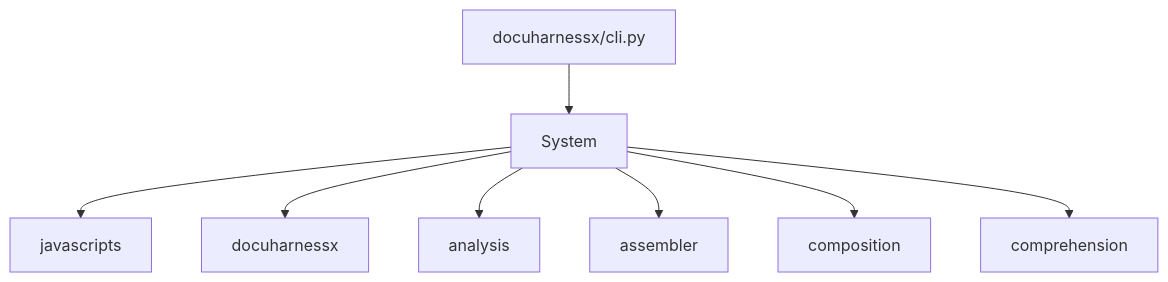
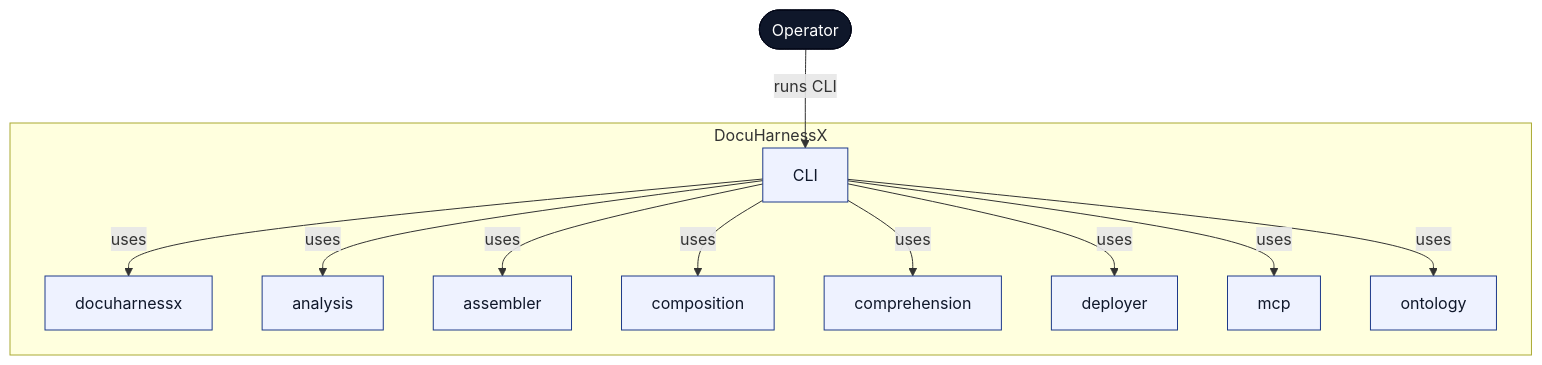
The second of 6 diagrams in docs/component-docuharnessx-3986831c.md (norandom/DocuHarnessX), drawn with Mermaid before and after one commit. The commit also changed other lines of this file and 16 other files, not shown here.

First line of the commit message:
feat(comprehension-visuals): enterprise C4-style architecture diagrams

````diff
--- a/docs/component-docuharnessx-3986831c.md
+++ b/docs/component-docuharnessx-3986831c.md
@@ -25,18 +57,31 @@
 ```mermaid
 flowchart TB
-  system["System"]
-  e0["docuharnessx/cli.py"]
-  e0 --> system
-  c0["javascripts"]
-  system --> c0
-  c1["docuharnessx"]
-  system --> c1
-  c2["analysis"]
-  system --> c2
-  c3["assembler"]
-  system --> c3
-  c4["composition"]
-  system --> c4
-  c5["comprehension"]
-  system --> c5
+  subgraph sys["DocuHarnessX"]
+    cli["CLI"]
+    c0["docuharnessx"]
+    c1["analysis"]
+    c2["assembler"]
+    c3["composition"]
+    c4["comprehension"]
+    c5["deployer"]
+    c6["mcp"]
+    c7["ontology"]
+  end
+  actor(["Operator"])
+  actor -->|"runs CLI"| cli
+  class actor actor
+  cli -->|uses| c0
+  cli -->|uses| c1
+  cli -->|uses| c2
+  cli -->|uses| c3
+  cli -->|uses| c4
+  cli -->|uses| c5
+  cli -->|uses| c6
+  cli -->|uses| c7
+  class cli,c0,c1,c2,c3,c4,c5,c6,c7 container
+  classDef actor fill:#0F172A,stroke:#020617,color:#FFFFFF
+  classDef system fill:#1E3A8A,stroke:#1E3A8A,color:#FFFFFF
+  classDef container fill:#EEF2FF,stroke:#1E3A8A,color:#0F172A
+  classDef external fill:#F8FAFC,stroke:#64748B,color:#0F172A
+  classDef store fill:#E2E8F0,stroke:#334155,color:#0F172A
 ```
````
